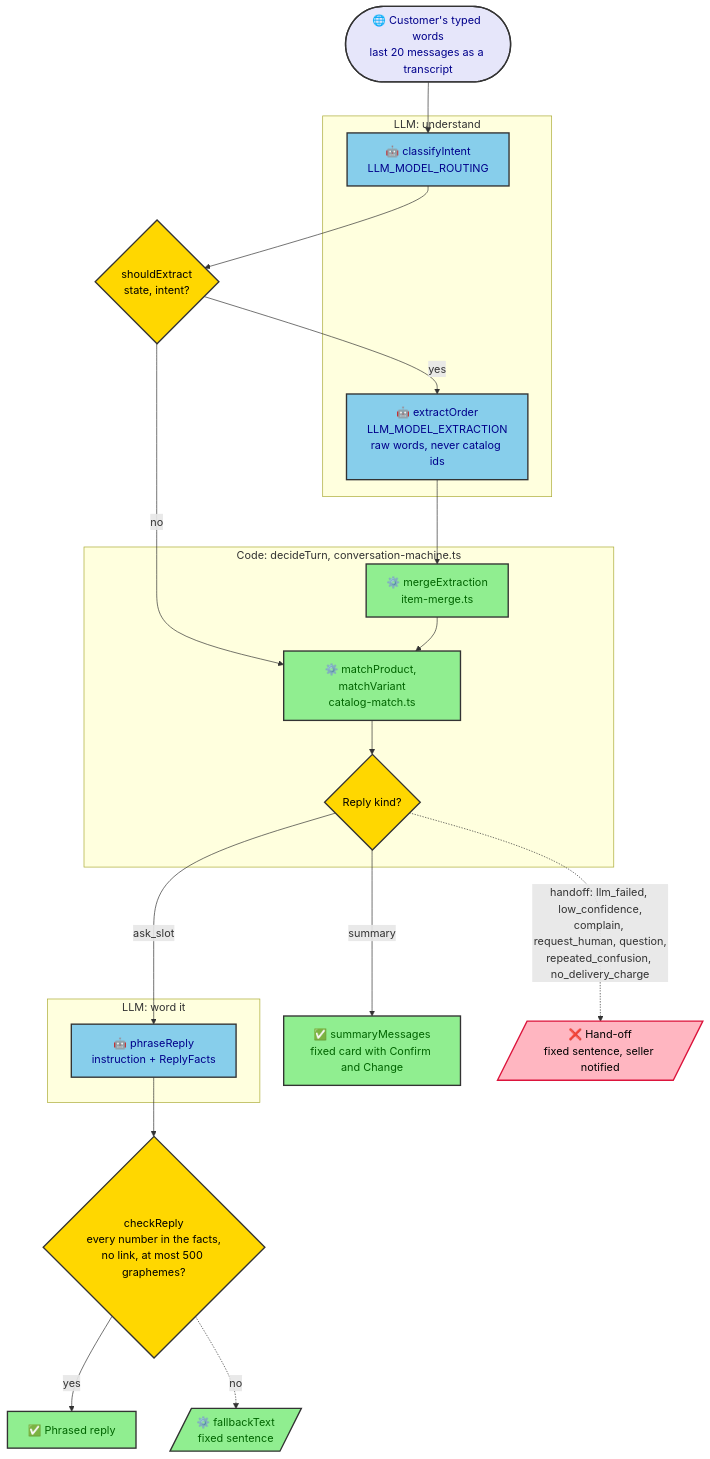
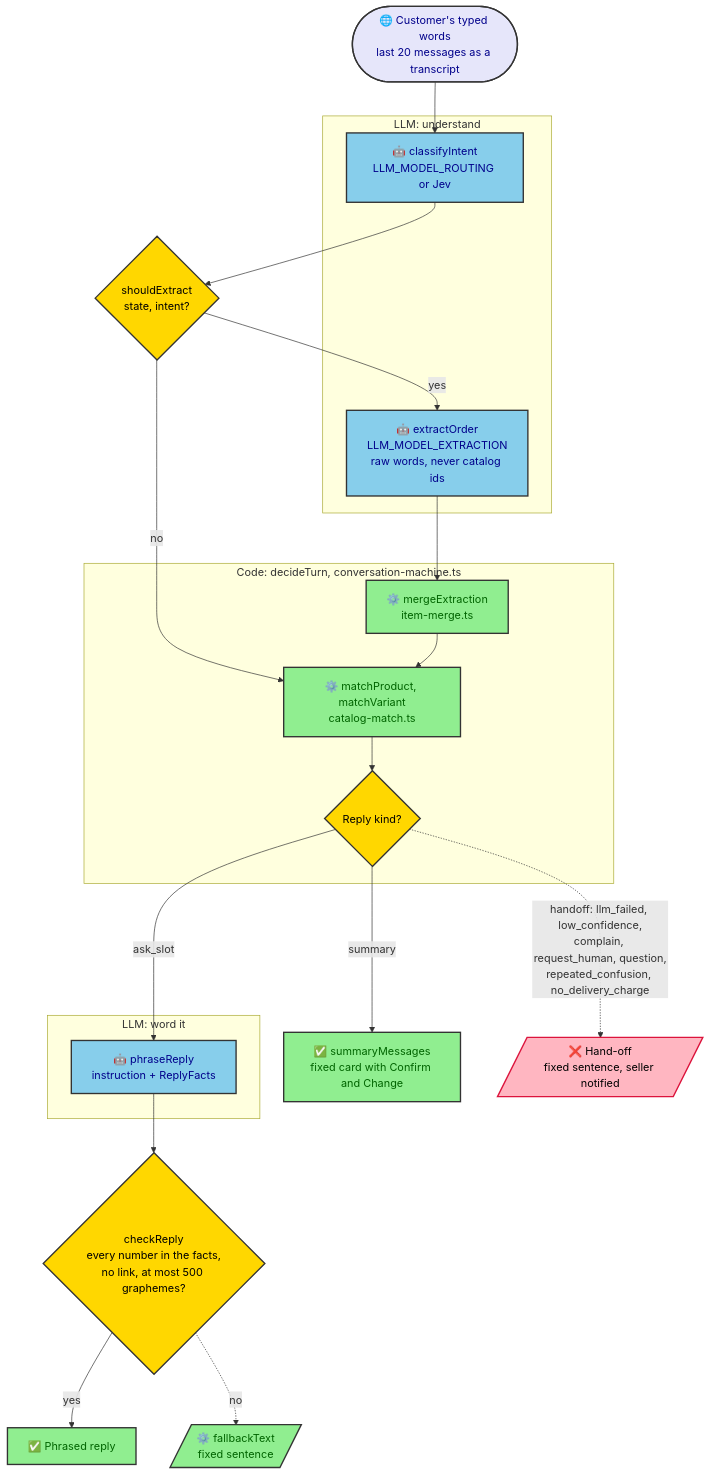
One commit to nabil404/project-alpha changed the first of 4 diagrams in docs/architecture/ai.md. Above: the diagram before and after it, drawn with Mermaid. The commit also changed other lines of this file and 16 other files, not shown here.

First line of the commit message:
feat: classify intent through TypeSafe's Jev

````diff
--- a/docs/architecture/ai.md
+++ b/docs/architecture/ai.md
@@ -41,46 +41,46 @@
 ```mermaid
 flowchart TD
     chat(["🌐 Customer's typed words<br/>last 20 messages as a transcript"]) --> classify
 
     subgraph understand ["LLM: understand"]
-        classify["🤖 classifyIntent<br/>LLM_MODEL_ROUTING"]
+        classify["🤖 classifyIntent<br/>LLM_MODEL_ROUTING or Jev"]
         extract["🤖 extractOrder<br/>LLM_MODEL_EXTRACTION<br/>raw words, never catalog ids"]
     end
 
     classify --> want{"shouldExtract<br/>state, intent?"}
     want -- yes --> extract
     want -- no --> match
     extract --> merge
 
     subgraph decideTurn ["Code: decideTurn, conversation-machine.ts"]
         merge["⚙️ mergeExtraction<br/>item-merge.ts"]
         match["⚙️ matchProduct, matchVariant<br/>catalog-match.ts"]
         next{"Reply kind?"}
         merge --> match --> next
     end
 
     next -- ask_slot --> phrase
     next -- summary --> card["✅ summaryMessages<br/>fixed card with Confirm and Change"]
 
     subgraph word ["LLM: word it"]
         phrase["🤖 phraseReply<br/>instruction + ReplyFacts"]
     end
 
     phrase --> check{"checkReply<br/>every number in the facts,<br/>no link, at most 500 graphemes?"}
     check -- yes --> sent["✅ Phrased reply"]
     check -. no .-> fixed[/"⚙️ fallbackText<br/>fixed sentence"/]
     next -. "handoff: llm_failed, low_confidence,<br/>complain, request_human, question,<br/>repeated_confusion, no_delivery_charge" .-> handoff[/"❌ Hand-off<br/>fixed sentence, seller notified"/]
 
     classDef entry    fill:#E6E6FA,stroke:#333,stroke-width:2px,color:#00008B
     classDef guard    fill:#87CEEB,stroke:#333,stroke-width:2px,color:#00008B
     classDef decision fill:#FFD700,stroke:#333,stroke-width:2px,color:#000
     classDef work     fill:#90EE90,stroke:#333,stroke-width:2px,color:#006400
     classDef store    fill:#E6E6FA,stroke:#333,stroke-width:2px,color:#00008B
     classDef reject   fill:#FFB6C1,stroke:#DC143C,stroke-width:2px,color:#000
 
     class chat entry
     class classify,extract,phrase guard
     class want,next,check decision
     class merge,match,card,sent,fixed work
     class handoff reject
 ```
````
